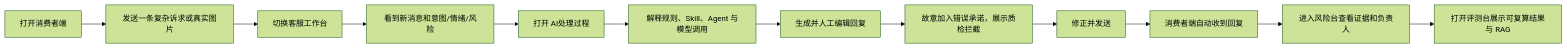
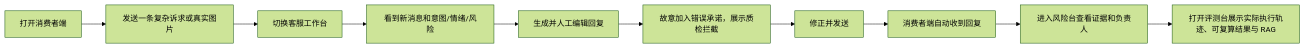
The sixth of 7 diagrams in 项目全景图.md (isabellasijia/empathy-copilot), drawn with Mermaid (forest theme) before and after one commit. The commit also changed other lines of this file and 9 other files, not shown here.

````diff
--- a/项目全景图.md
+++ b/项目全景图.md
@@ -319,14 +294,12 @@
 ```mermaid
 flowchart LR
     A[打开消费者端] --> B[发送一条复杂诉求或真实图片]
     B --> C[切换客服工作台]
     C --> D[看到新消息和意图/情绪/风险]
-    D --> E[打开 AI处理过程]
-    E --> F[解释规则、Skill、Agent 与模型调用]
-    F --> G[生成并人工编辑回复]
+    D --> G[生成并人工编辑回复]
     G --> H[故意加入错误承诺，展示质检拦截]
     H --> I[修正并发送]
     I --> J[消费者端自动收到回复]
     J --> K[进入风险台查看证据和负责人]
-    K --> L[打开评测台展示可复算结果与 RAG]
+    K --> L[打开评测台展示实际执行轨迹、可复算结果与 RAG]
 ```
````
